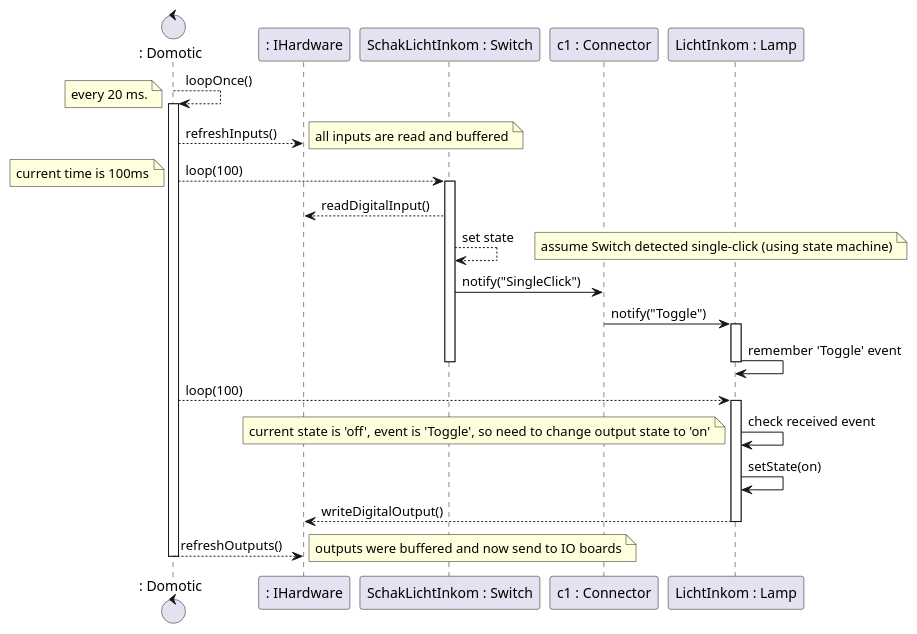
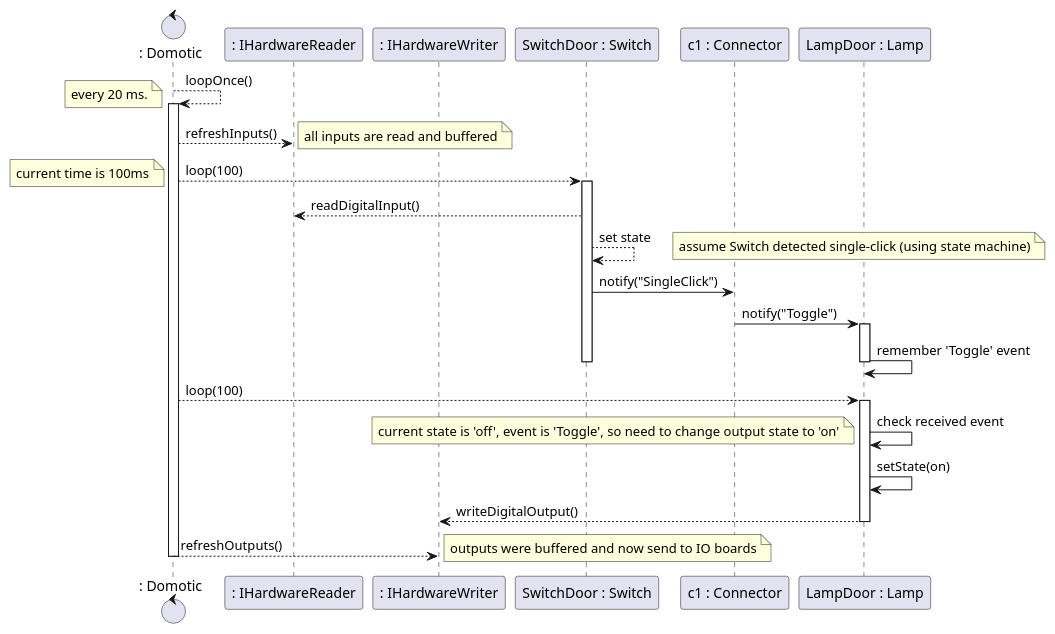
One commit to dvaneynde/home-automation changed the seventh of 8 diagrams in DESIGN.md. Above: the diagram before and after it, drawn with PlantUML. The commit also changed other lines of this file and 11 other files, not shown here.

````diff
--- a/DESIGN.md
+++ b/DESIGN.md
@@ -531,38 +531,39 @@
 ```plantuml
 @startuml
 control ": Domotic" as o
-participant ": IHardware" as h
-participant "SchakLichtInkom : Switch" as s
+participant ": IHardwareReader" as hi
+participant ": IHardwareWriter" as ho
+participant "SwitchDoor : Switch" as s
 participant "c1 : Connector" as c
-participant "LichtInkom : Lamp" as l
+participant "LampDoor : Lamp" as l
 o --> o : loopOnce()
 note left: every 20 ms.
 activate o
-o --> h : refreshInputs()
+o --> hi : refreshInputs()
 note right: all inputs are read and buffered
 o --> s : loop(100)
 note left: current time is 100ms
 activate s
-h <-- s : readDigitalInput()
+hi <-- s : readDigitalInput()
 s --> s : set state
 note right : assume Switch detected single-click (using state machine)
 s -> c : notify("SingleClick")
 c -> l : notify("Toggle")
 activate l
 l -> l : remember 'Toggle' event
 deactivate l
 deactivate s
 
 o --> l : loop(100)
 activate l
 l -> l : check received event
 note left : current state is 'off', event is 'Toggle', so need to change output state to 'on'
 l -> l : setState(on)
-h <-- l : writeDigitalOutput()
+ho <-- l : writeDigitalOutput()
 deactivate l
 
-o --> h : refreshOutputs()
+o --> ho : refreshOutputs()
 note right: outputs were buffered and now send to IO boards
 deactivate o
 @enduml
 ```
````
